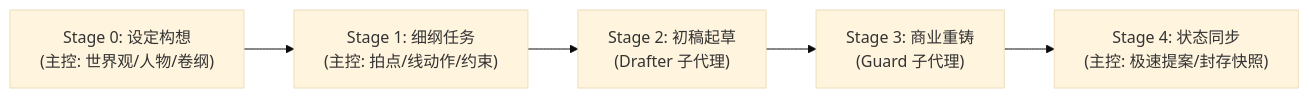
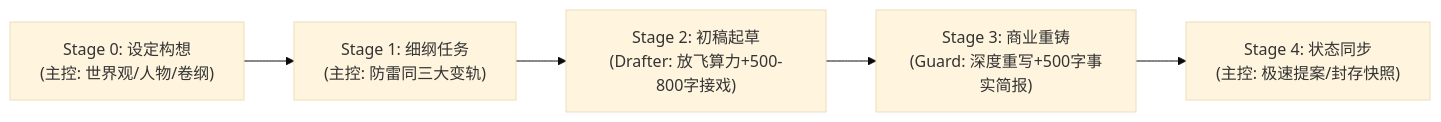
The diagram in AGENTS.md (cg110902/NOVEL), drawn with Mermaid (base theme) before and after one commit. The commit also changed other lines of this file and 10 other files, not shown here.

````diff
--- a/AGENTS.md
+++ b/AGENTS.md
@@ -23,7 +23,7 @@
 ```mermaid
 graph LR
-    S0["Stage 0: 设定构想<br/>(主控: 世界观/人物/卷纲)"] --> S1["Stage 1: 细纲任务<br/>(主控: 拍点/线动作/约束)"]
-    S1 --> S2["Stage 2: 初稿起草<br/>(Drafter 子代理)"]
-    S2 --> S3["Stage 3: 商业重铸<br/>(Guard 子代理)"]
+    S0["Stage 0: 设定构想<br/>(主控: 世界观/人物/卷纲)"] --> S1["Stage 1: 细纲任务<br/>(主控: 防雷同三大变轨)"]
+    S1 --> S2["Stage 2: 初稿起草<br/>(Drafter: 放飞算力+500-800字接戏)"]
+    S2 --> S3["Stage 3: 商业重铸<br/>(Guard: 深度重写+500字事实简报)"]
     S3 --> S4["Stage 4: 状态同步<br/>(主控: 极速提案/封存快照)"]
 ```
````
